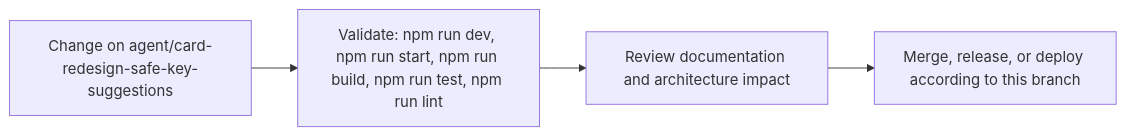
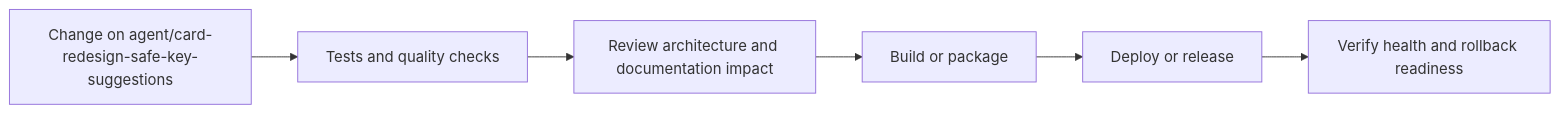
Before and after one commit to Nischhalsubba/BindForge-NW: the fifth of 6 diagrams in README.md, drawn with Mermaid. The commit also changed other lines of this file, not shown here.

````diff
--- a/README.md
+++ b/README.md
@@ -87,8 +183,8 @@
 ```mermaid
 flowchart LR
-    CHANGE["Change on agent/card-redesign-safe-key-suggestions"]
-    CHECK["Validate: npm run dev, npm run start, npm run build, npm run test, npm run lint"]
-    REVIEW["Review documentation and architecture impact"]
-    RELEASE["Merge, release, or deploy according to this branch"]
-    CHANGE --> CHECK --> REVIEW --> RELEASE
+    CHANGE["Change on agent/card-redesign-safe-key-suggestions"] --> CHECK["Tests and quality checks"]
+    CHECK --> REVIEW["Review architecture and documentation impact"]
+    REVIEW --> BUILD["Build or package"]
+    BUILD --> DEPLOY["Deploy or release"]
+    DEPLOY --> VERIFY["Verify health and rollback readiness"]
 ```
````
